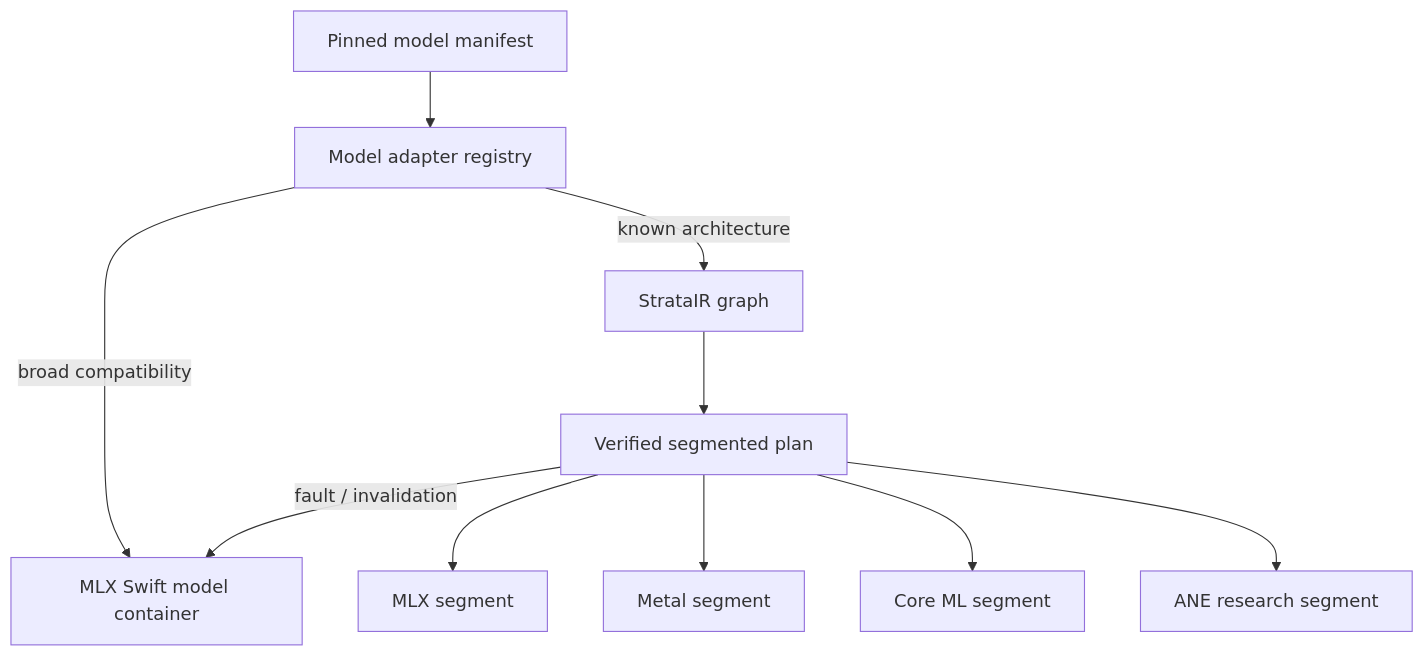
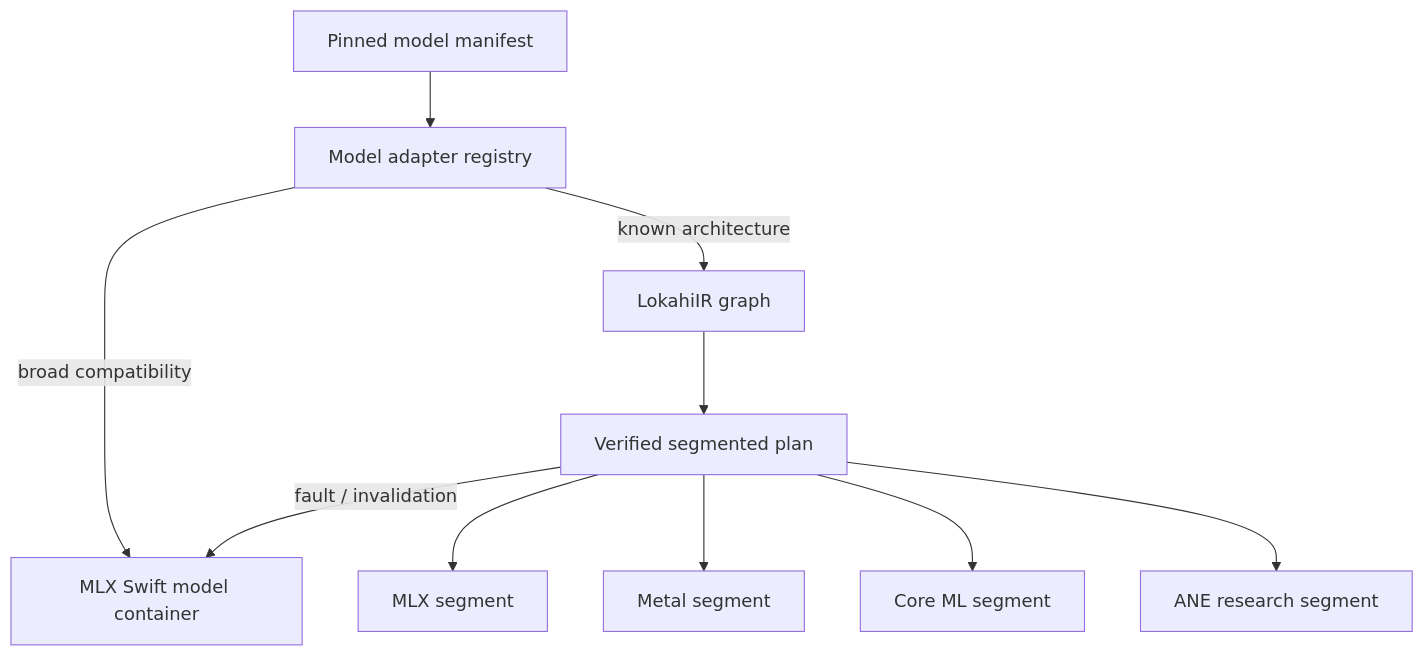
One commit to Ikaikaalika/strata changed the third of 4 diagrams in docs/COMMON_COMPUTE_RUNTIME.md. Above: the diagram before and after it, drawn with Mermaid. The commit also changed other lines of this file and 199 other files, not shown here.

First line of the commit message:
Rename Strata to Lokahi and ollm package to lokahi

````diff
--- a/docs/COMMON_COMPUTE_RUNTIME.md
+++ b/docs/COMMON_COMPUTE_RUNTIME.md
@@ -304,12 +304,12 @@
 ```mermaid
 flowchart TD
     MANIFEST["Pinned model manifest"] --> ADAPTER["Model adapter registry"]
     ADAPTER -->|"broad compatibility"| MLXMODEL["MLX Swift model container"]
-    ADAPTER -->|"known architecture"| IR["StrataIR graph"]
+    ADAPTER -->|"known architecture"| IR["LokahiIR graph"]
     IR --> PLAN["Verified segmented plan"]
     PLAN --> MLXSEG["MLX segment"]
     PLAN --> METALSEG["Metal segment"]
     PLAN --> COREMLSEG["Core ML segment"]
     PLAN --> ANESEG["ANE research segment"]
     PLAN -->|"fault / invalidation"| MLXMODEL
 ```
````
